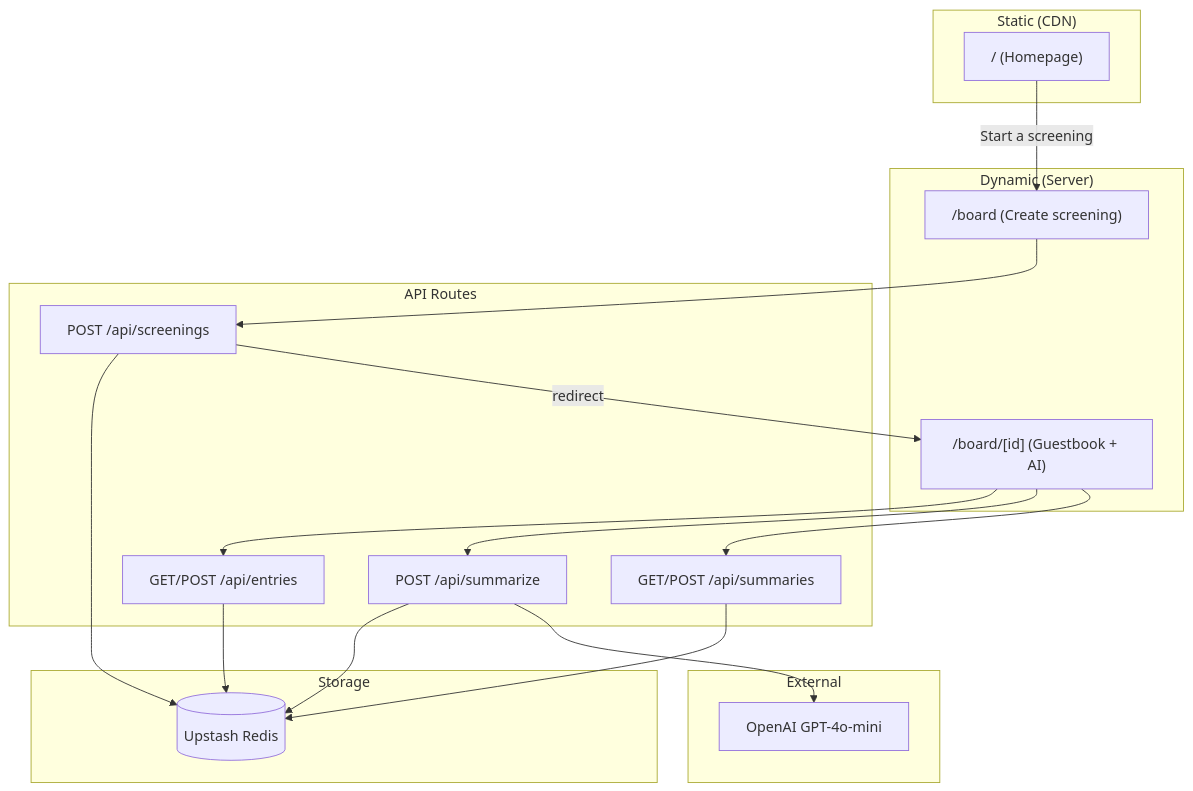
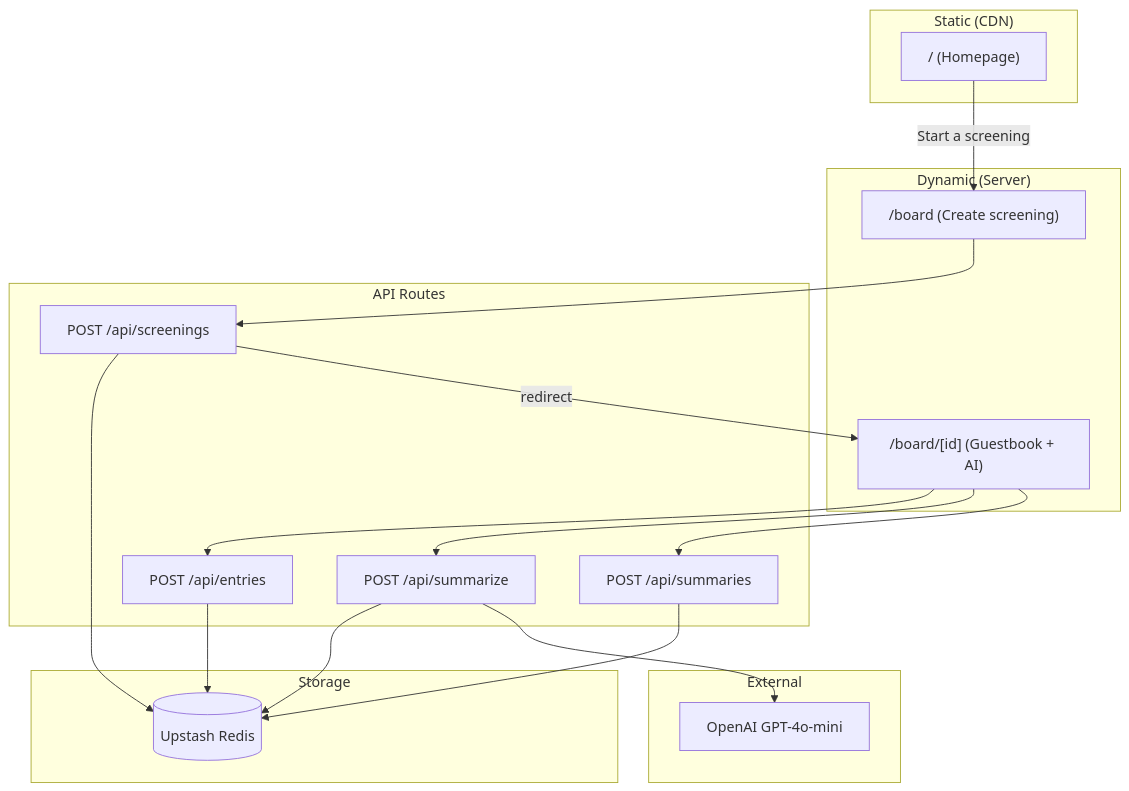
One commit to timothychengg/vercel-takehome changed the diagram in README.md. Above: the diagram before and after it, drawn with Mermaid. The commit also changed 4 other files, not shown here.

````diff
--- a/README.md
+++ b/README.md
@@ -39,40 +39,40 @@
 ```mermaid
 flowchart TB
     subgraph Static["Static (CDN)"]
         Homepage["/ (Homepage)"]
     end
 
     subgraph Dynamic["Dynamic (Server)"]
         BoardCreate["/board (Create screening)"]
         BoardView["/board/[id] (Guestbook + AI)"]
     end
 
     subgraph API["API Routes"]
         Screenings["POST /api/screenings"]
-        Entries["GET/POST /api/entries"]
+        Entries["POST /api/entries"]
         Summarize["POST /api/summarize"]
-        Summaries["GET/POST /api/summaries"]
+        Summaries["POST /api/summaries"]
     end
 
     subgraph Storage["Storage"]
         Redis[(Upstash Redis)]
     end
 
     subgraph External["External"]
         OpenAI[OpenAI GPT-4o-mini]
     end
 
     Homepage -->|"Start a screening"| BoardCreate
     BoardCreate --> Screenings
     Screenings --> Redis
     Screenings -->|redirect| BoardView
 
     BoardView --> Entries
     BoardView --> Summarize
     BoardView --> Summaries
 
     Entries --> Redis
     Summarize --> Redis
     Summarize --> OpenAI
     Summaries --> Redis
 ```
````
